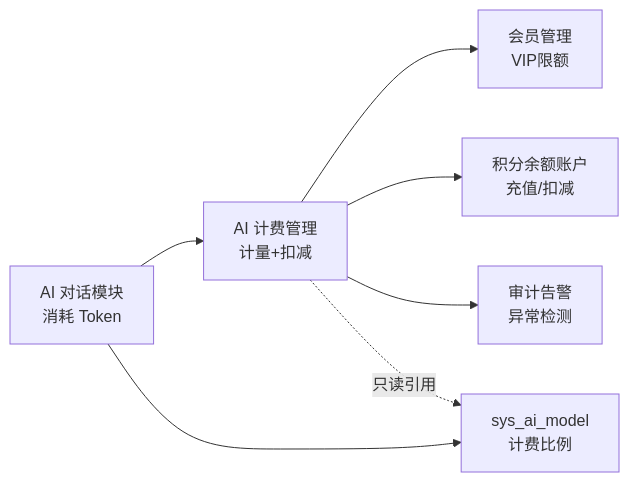
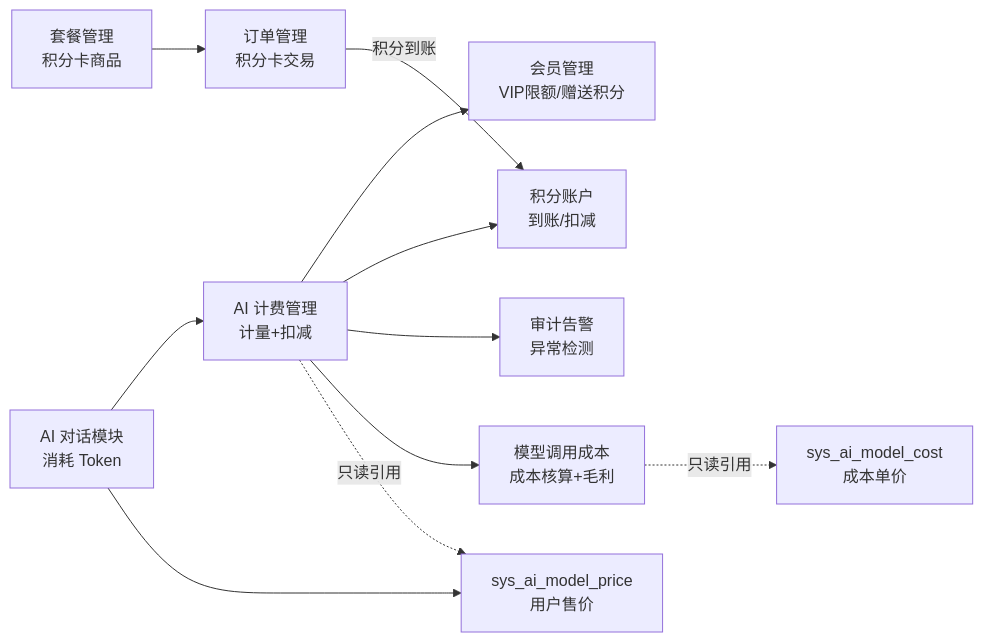
The diagram in dehaze-doc/docs/03-模块设计/基础模块/AI计费管理/需求规格.md (earthy-zinc/dehaze-system), drawn with Mermaid before and after one commit. The commit also changed other lines of this file and 119 other files, not shown here.

````diff
--- a/dehaze-doc/docs/03-模块设计/基础模块/AI计费管理/需求规格.md
+++ b/dehaze-doc/docs/03-模块设计/基础模块/AI计费管理/需求规格.md
@@ -24,9 +41,13 @@
 ```mermaid
 flowchart LR
     A[AI 对话模块<br/>消耗 Token] --> B[AI 计费管理<br/>计量+扣减]
-    B --> C[会员管理<br/>VIP限额]
-    B --> D[积分余额账户<br/>充值/扣减]
+    B --> C[会员管理<br/>VIP限额/赠送积分]
+    B --> D[积分账户<br/>到账/扣减]
     B --> E[审计告警<br/>异常检测]
-    A --> F[sys_ai_model<br/>计费比例]
+    B --> G[模型调用成本<br/>成本核算+毛利]
+    H[套餐管理<br/>积分卡商品] --> I[订单管理<br/>积分卡交易]
+    I -->|积分到账| D
+    A --> F[sys_ai_model_price<br/>用户售价]
     B -.->|只读引用| F
+    G -.->|只读引用| J[sys_ai_model_cost<br/>成本单价]
 ```
````
